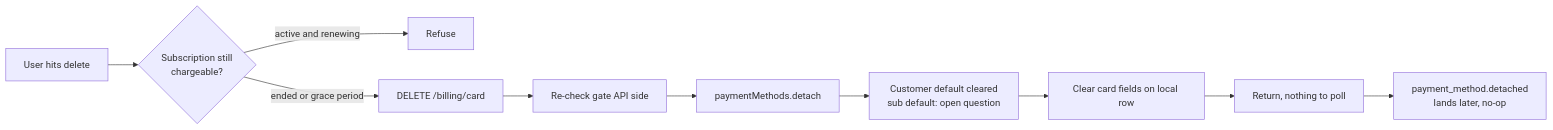
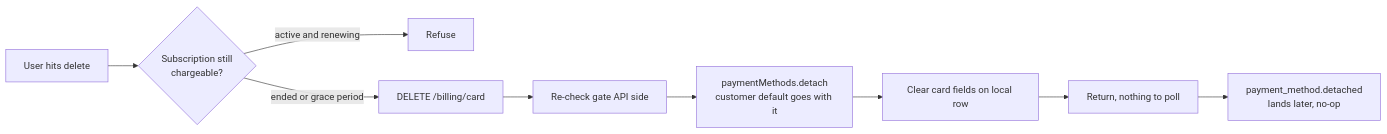
The diagram in flows/billing/stripe/delete.md (websanova/starter-flows), drawn with Mermaid before and after one commit. The commit also changed other lines of this file, not shown here.

Commit message:
Update billing delete flow.

````diff
--- a/flows/billing/stripe/delete.md
+++ b/flows/billing/stripe/delete.md
@@ -32,14 +28,13 @@
 ```mermaid
 flowchart LR
     A[User hits delete] --> B{Subscription still<br/>chargeable?}
 
     B -->|active and renewing| C[Refuse]
     B -->|ended or grace period| D["DELETE /billing/card"]
 
     D --> E[Re-check gate API side]
-    E --> F[paymentMethods.detach]
-    F --> G["Customer default cleared<br/>sub default: open question"]
-    G --> H[Clear card fields on local row]
-    H --> I[Return, nothing to poll]
-    I --> J["payment_method.detached<br/>lands later, no-op"]
+    E --> F["paymentMethods.detach<br/>customer default goes with it"]
+    F --> G[Clear card fields on local row]
+    G --> H[Return, nothing to poll]
+    H --> I["payment_method.detached<br/>lands later, no-op"]
 ```
````
